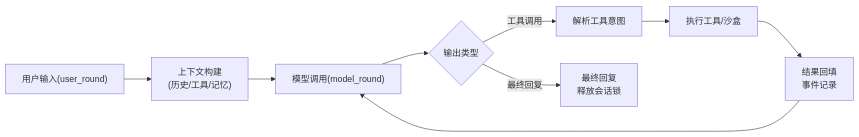
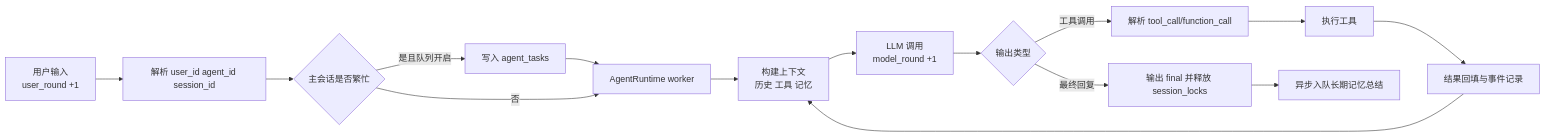
The diagram in docs/diagrams/system-intro/06-agent-loop.mmd (ylsdamxssjxxdd/wunder), drawn with Mermaid before and after one commit. The commit also changed 51 other files, not shown here.

```diff
--- a/docs/diagrams/system-intro/06-agent-loop.mmd
+++ b/docs/diagrams/system-intro/06-agent-loop.mmd
@@ -1,9 +1,18 @@
 flowchart LR
-  User["用户输入(user_round)"] --> Context["上下文构建<br/>(历史/工具/记忆)"]
-  Context --> LLM["模型调用(model_round)"]
-  LLM --> Decide{输出类型}
-  Decide -- "工具调用" --> ToolPlan["解析工具意图"]
-  ToolPlan --> ToolExec["执行工具/沙盒"]
-  ToolExec --> Observe["结果回填<br/>事件记录"]
-  Observe --> LLM
-  Decide -- "最终回复" --> Final["最终回复<br/>释放会话锁"]
+  User["用户输入
+user_round +1"] --> Resolve["解析 user_id agent_id session_id"]
+  Resolve --> Busy{"主会话是否繁忙"}
+  Busy -- 是且队列开启 --> Queue["写入 agent_tasks"]
+  Queue --> Worker["AgentRuntime worker"]
+  Busy -- 否 --> Worker
+  Worker --> Context["构建上下文
+历史 工具 记忆"]
+  Context --> Model["LLM 调用
+model_round +1"]
+  Model --> Decision{"输出类型"}
+  Decision -- 工具调用 --> Plan["解析 tool_call/function_call"]
+  Plan --> Exec["执行工具"]
+  Exec --> Observe["结果回填与事件记录"]
+  Observe --> Context
+  Decision -- 最终回复 --> Final["输出 final 并释放 session_locks"]
+  Final --> Memory["异步入队长期记忆总结"]
```
